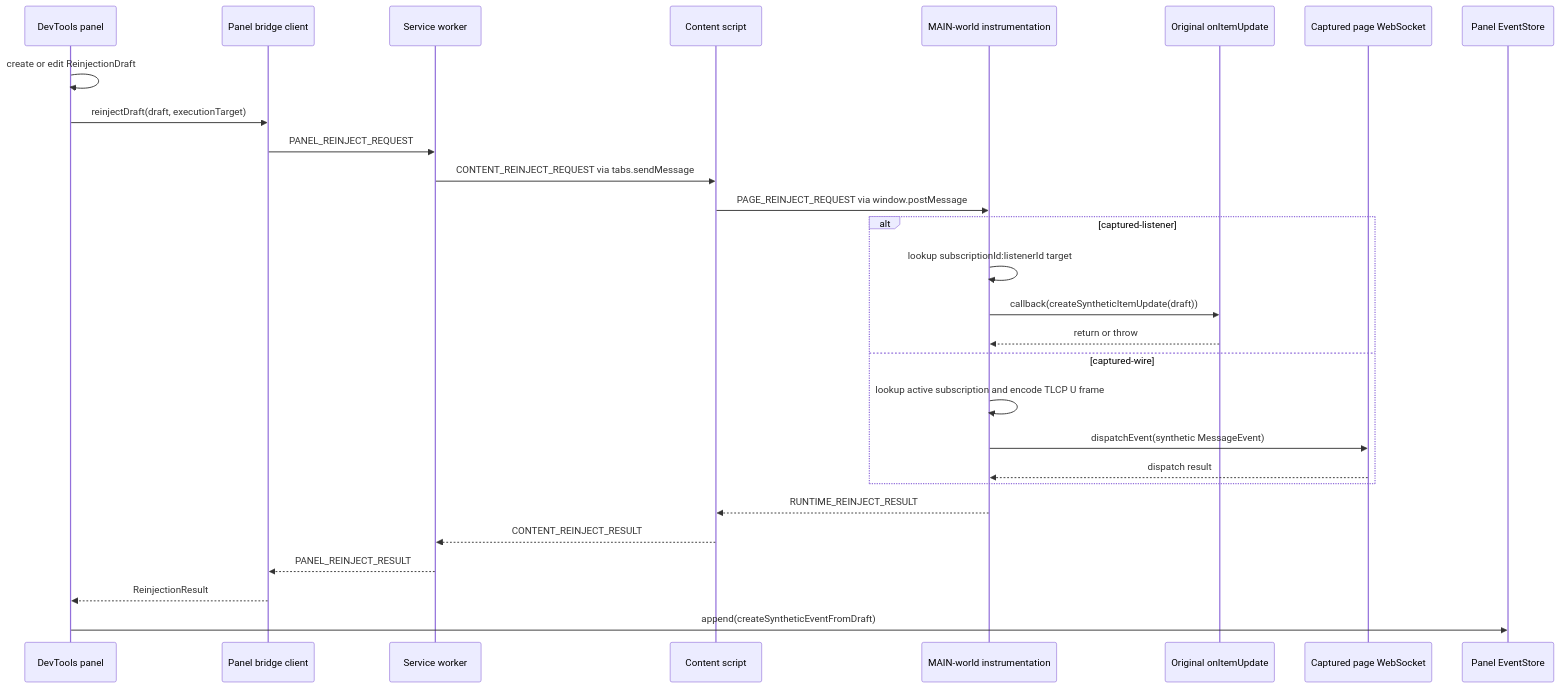
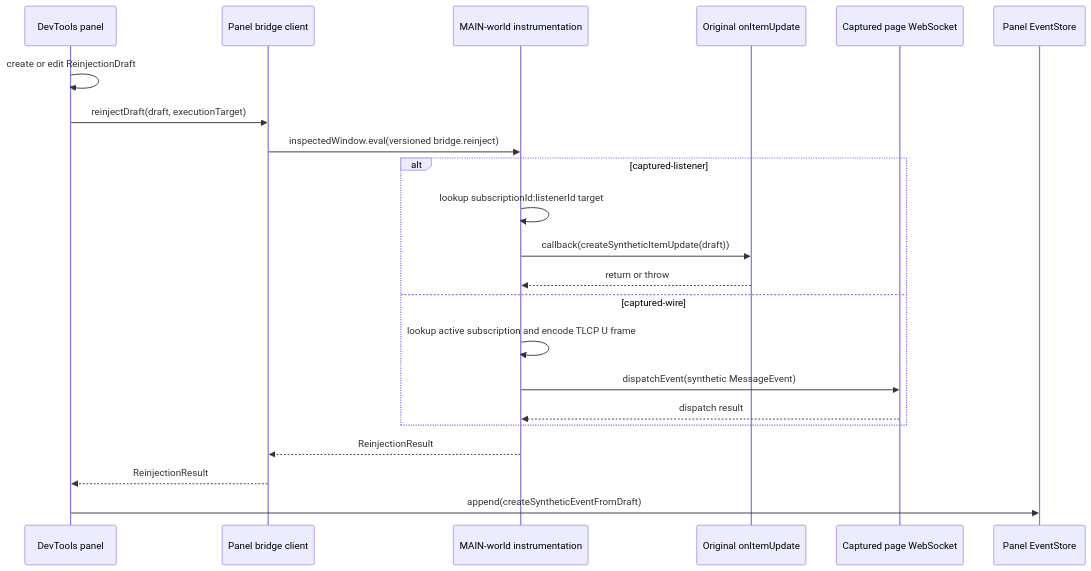
One commit to imom39a/lightstreamer-workbench-extension changed the seventh of 7 diagrams in docs/ARCHITECTURE.md. Above: the diagram before and after it, drawn with Mermaid. The commit also changed other lines of this file and 5 other files, not shown here.

````diff
--- a/docs/ARCHITECTURE.md
+++ b/docs/ARCHITECTURE.md
@@ -650,31 +650,25 @@
 ```mermaid
 sequenceDiagram
   participant UI as DevTools panel
   participant PBC as Panel bridge client
-  participant BG as Service worker
-  participant CS as Content script
   participant Inj as MAIN-world instrumentation
   participant Listener as Original onItemUpdate
   participant WS as Captured page WebSocket
   participant Store as Panel EventStore
 
   UI->>UI: create or edit ReinjectionDraft
   UI->>PBC: reinjectDraft(draft, executionTarget)
-  PBC->>BG: PANEL_REINJECT_REQUEST
-  BG->>CS: CONTENT_REINJECT_REQUEST via tabs.sendMessage
-  CS->>Inj: PAGE_REINJECT_REQUEST via window.postMessage
+  PBC->>Inj: inspectedWindow.eval(versioned bridge.reinject)
   alt captured-listener
     Inj->>Inj: lookup subscriptionId:listenerId target
     Inj->>Listener: callback(createSyntheticItemUpdate(draft))
     Listener-->>Inj: return or throw
   else captured-wire
     Inj->>Inj: lookup active subscription and encode TLCP U frame
     Inj->>WS: dispatchEvent(synthetic MessageEvent)
     WS-->>Inj: dispatch result
   end
-  Inj-->>CS: RUNTIME_REINJECT_RESULT
-  CS-->>BG: CONTENT_REINJECT_RESULT
-  BG-->>PBC: PANEL_REINJECT_RESULT
+  Inj-->>PBC: ReinjectionResult
   PBC-->>UI: ReinjectionResult
   UI->>Store: append(createSyntheticEventFromDraft)
 ```
````
